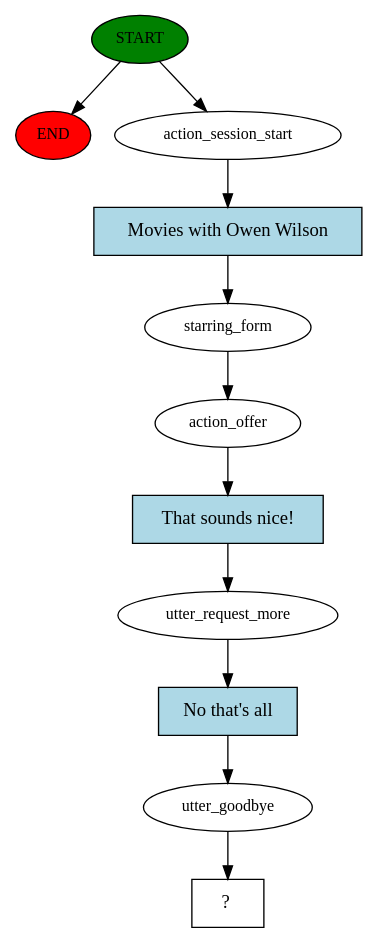
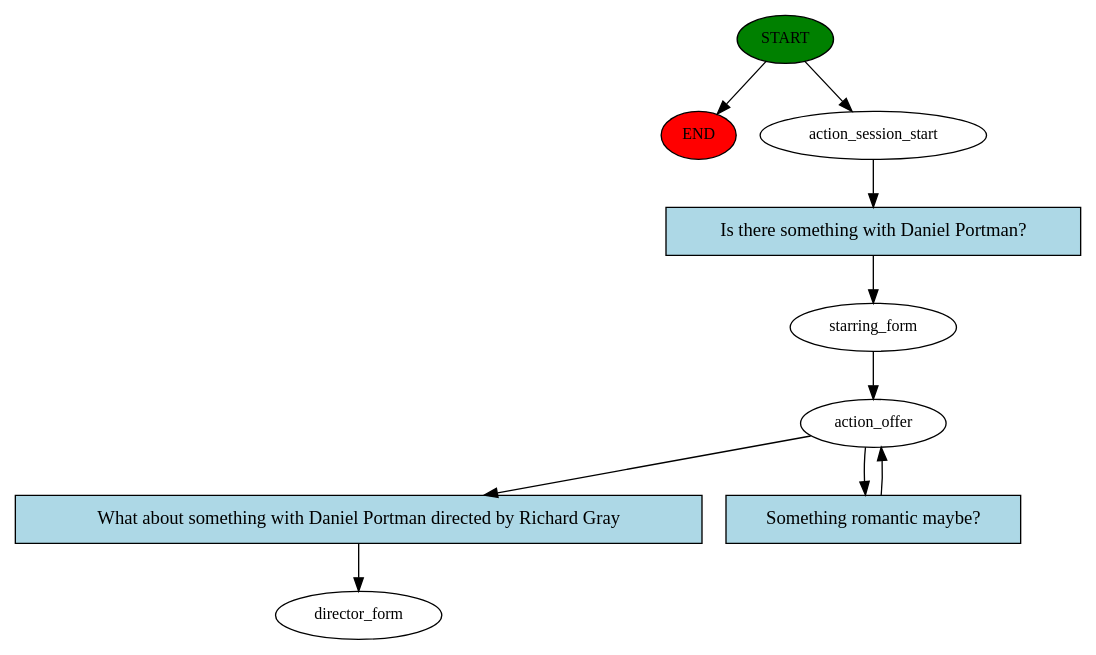
One commit to ddrago/CIMovieRecommender changed the diagram in story_graph.dot. Above: the diagram before and after it, drawn with Graphviz. The commit also changed 13 other files, not shown here.

```diff
--- a/story_graph.dot
+++ b/story_graph.dot
@@ -1,23 +1,20 @@
 digraph  {
 0 [class="start active", fillcolor=green, fontsize=12, label=START, style=filled];
 "-1" [class=end, fillcolor=red, fontsize=12, label=END, style=filled];
 1 [class=active, fontsize=12, label=action_session_start];
 2 [class=active, fontsize=12, label=starring_form];
 3 [class=active, fontsize=12, label=action_offer];
-4 [class=active, fontsize=12, label=utter_request_more];
-5 [class=active, fontsize=12, label=utter_goodbye];
-6 [class="intent dashed active", label="  ?  ", shape=rect];
-7 [class="intent active", fillcolor=lightblue, label="Movies with Owen Wilson", shape=rect, style=filled];
-8 [class="intent active", fillcolor=lightblue, label="That sounds nice!", shape=rect, style=filled];
-9 [class="intent active", fillcolor=lightblue, label="No that's all", shape=rect, style=filled];
+5 [class="dashed active", fontsize=12, label=director_form];
+6 [class="intent active", fillcolor=lightblue, label="Is there something with Daniel Portman?", shape=rect, style=filled];
+7 [class="intent active", fillcolor=lightblue, label="What about something with Daniel Portman directed by Richard Gray", shape=rect, style=filled];
+8 [class="intent active", fillcolor=lightblue, label="Something romantic maybe?", shape=rect, style=filled];
 0 -> "-1"  [class="", key=NONE, label=""];
 0 -> 1  [class=active, key=NONE, label=""];
-1 -> 7  [class=active, key=0];
+1 -> 6  [class=active, key=0];
 2 -> 3  [class=active, key=NONE, label=""];
+3 -> 7  [class=active, key=0];
 3 -> 8  [class=active, key=0];
-4 -> 9  [class=active, key=0];
-5 -> 6  [class=active, key=NONE, label=""];
-7 -> 2  [class=active, key=0];
-8 -> 4  [class=active, key=0];
-9 -> 5  [class=active, key=0];
+6 -> 2  [class=active, key=0];
+7 -> 5  [class=active, key=0];
+8 -> 3  [class=active, key=0];
 }
```
